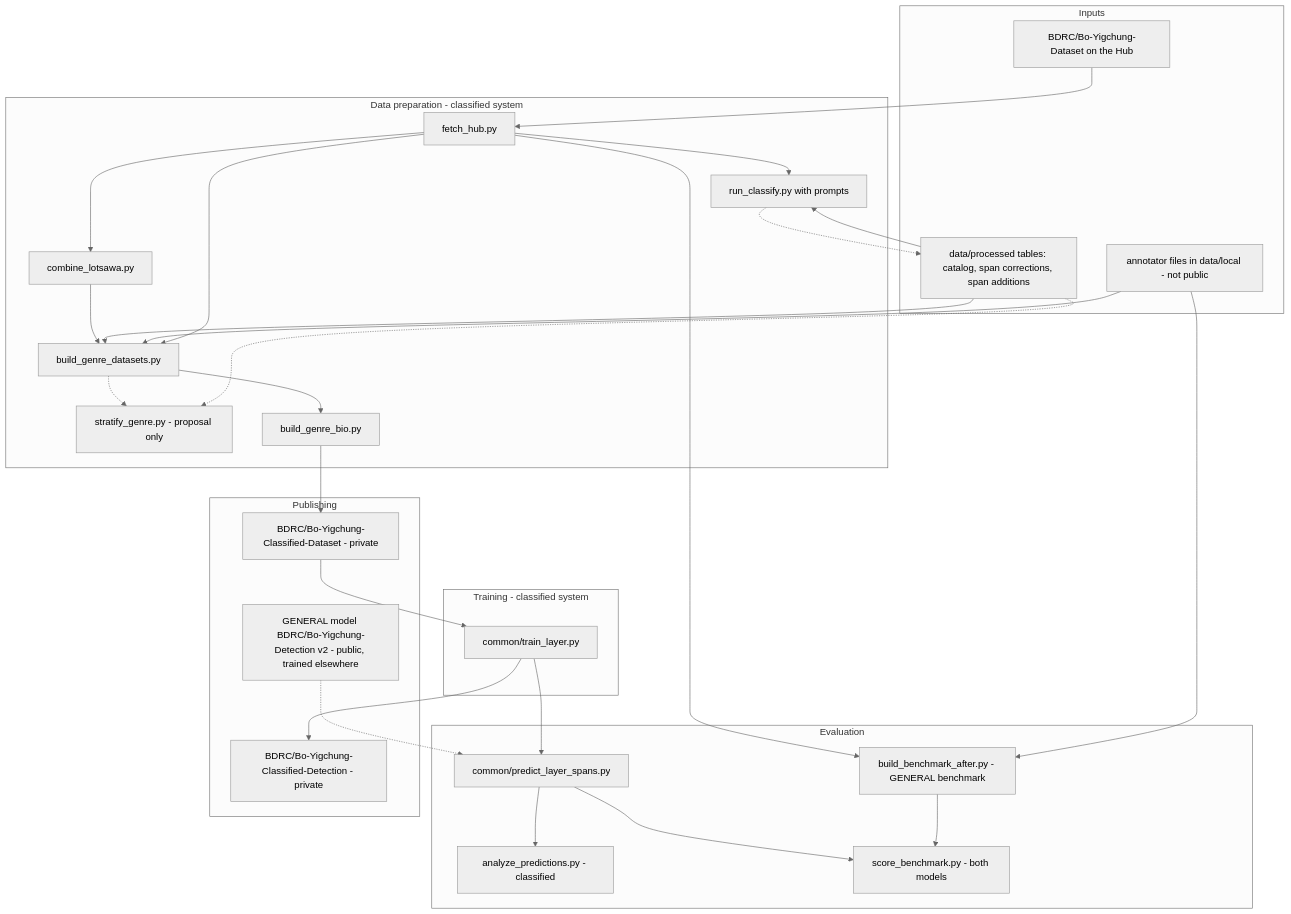
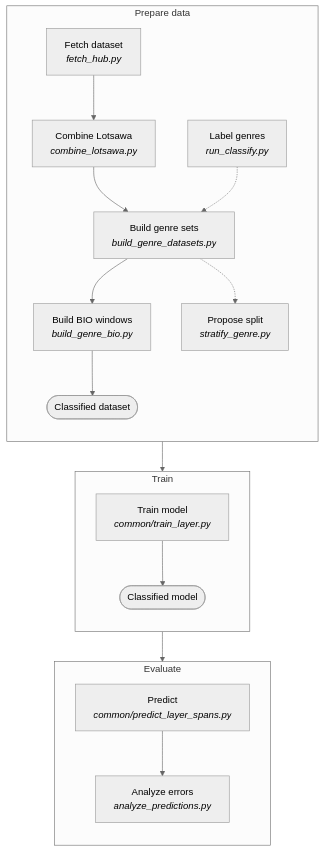
The second of 2 diagrams in yigchung/README.md (tenzinyonten/tibetan-layer-detection), drawn with Mermaid (neutral theme) before and after one commit. The commit also changed other lines of this file and 11 other files, not shown here.

Commit message:
yigchung: README in the common format, docstrings for thresholds and files, drop docs/huggingface.md

````diff
--- a/yigchung/README.md
+++ b/yigchung/README.md
@@ -30,52 +64,22 @@
 ```mermaid
 flowchart TD
-  subgraph IN["Inputs"]
-    D1["BDRC/Bo-Yigchung-Dataset on the Hub"]
-    D2["data/processed tables: catalog, span corrections, span additions"]
-    D3["annotator files in data/local - not public"]
+  subgraph PREP["Prepare data"]
+    direction TB
+    S1["Fetch dataset<br/><i>fetch_hub.py</i>"] --> S2["Combine Lotsawa<br/><i>combine_lotsawa.py</i>"]
+    S2 --> S3["Build genre sets<br/><i>build_genre_datasets.py</i>"]
+    S3 --> S4["Build BIO windows<br/><i>build_genre_bio.py</i>"]
+    S4 --> F1(["Classified dataset"])
+    S0["Label genres<br/><i>run_classify.py</i>"] -.-> S3
+    S3 -.-> S5["Propose split<br/><i>stratify_genre.py</i>"]
   end
-  subgraph PREP["Data preparation - classified system"]
-    A1["fetch_hub.py"]
-    A2["combine_lotsawa.py"]
-    A3["run_classify.py with prompts"]
-    A4["stratify_genre.py - proposal only"]
-    A5["build_genre_datasets.py"]
-    A6["build_genre_bio.py"]
+  subgraph TRAIN["Train"]
+    direction TB
+    T1["Train model<br/><i>common/train_layer.py</i>"] --> F2(["Classified model"])
   end
-  subgraph TRAIN["Training - classified system"]
-    T1["common/train_layer.py"]
+  subgraph EVAL["Evaluate"]
+    direction TB
+    E1["Predict<br/><i>common/predict_layer_spans.py</i>"] --> E2["Analyze errors<br/><i>analyze_predictions.py</i>"]
   end
-  subgraph EVAL["Evaluation"]
-    E1["common/predict_layer_spans.py"]
-    E2["analyze_predictions.py - classified"]
-    E3["build_benchmark_after.py - GENERAL benchmark"]
-    E4["score_benchmark.py - both models"]
-  end
-  subgraph PUB["Publishing"]
-    P1["BDRC/Bo-Yigchung-Classified-Dataset - private"]
-    P2["BDRC/Bo-Yigchung-Classified-Detection - private"]
-    P3["GENERAL model BDRC/Bo-Yigchung-Detection v2 - public, trained elsewhere"]
-  end
-  D1 --> A1
-  A1 --> A2
-  A1 --> A3
-  D2 --> A3
-  A3 -.-> D2
-  A2 --> A5
-  D2 --> A5
-  D3 --> A5
-  A1 --> A5
-  A5 --> A6
-  A5 -.-> A4
-  D2 -.-> A4
-  A6 --> P1
-  P1 --> T1
-  T1 --> P2
-  T1 --> E1
-  E1 --> E2
-  E1 --> E4
-  A1 --> E3
-  D3 --> E3
-  E3 --> E4
-  P3 -.-> E1
+  PREP --> TRAIN
+  TRAIN --> EVAL
 ```
````
